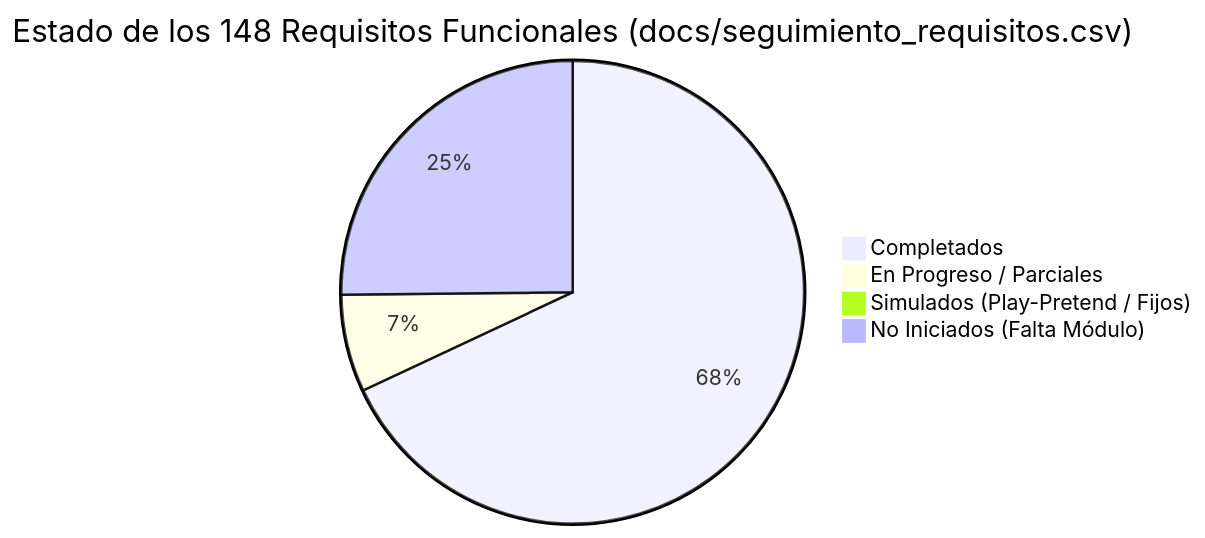
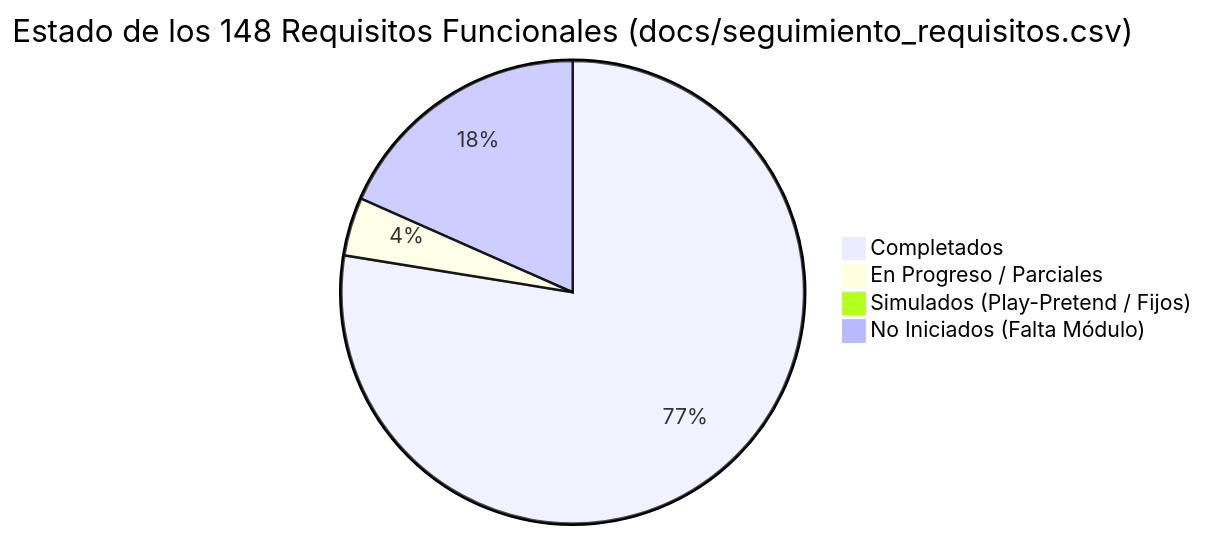
Before and after one commit to MatthewR54/Vivero: the first of 2 diagrams in ROADMAP.md, drawn with Mermaid. The commit also changed other lines of this file and 9 other files, not shown here.

````diff
--- a/ROADMAP.md
+++ b/ROADMAP.md
@@ -11,7 +11,7 @@
 ```mermaid
 pie title Estado de los 148 Requisitos Funcionales (docs/seguimiento_requisitos.csv)
-    "Completados" : 100
-    "En Progreso / Parciales" : 10
+    "Completados" : 114
+    "En Progreso / Parciales" : 6
     "Simulados (Play-Pretend / Fijos)" : 1
-    "No Iniciados (Falta Módulo)" : 37
+    "No Iniciados (Falta Módulo)" : 27
 ```
````
